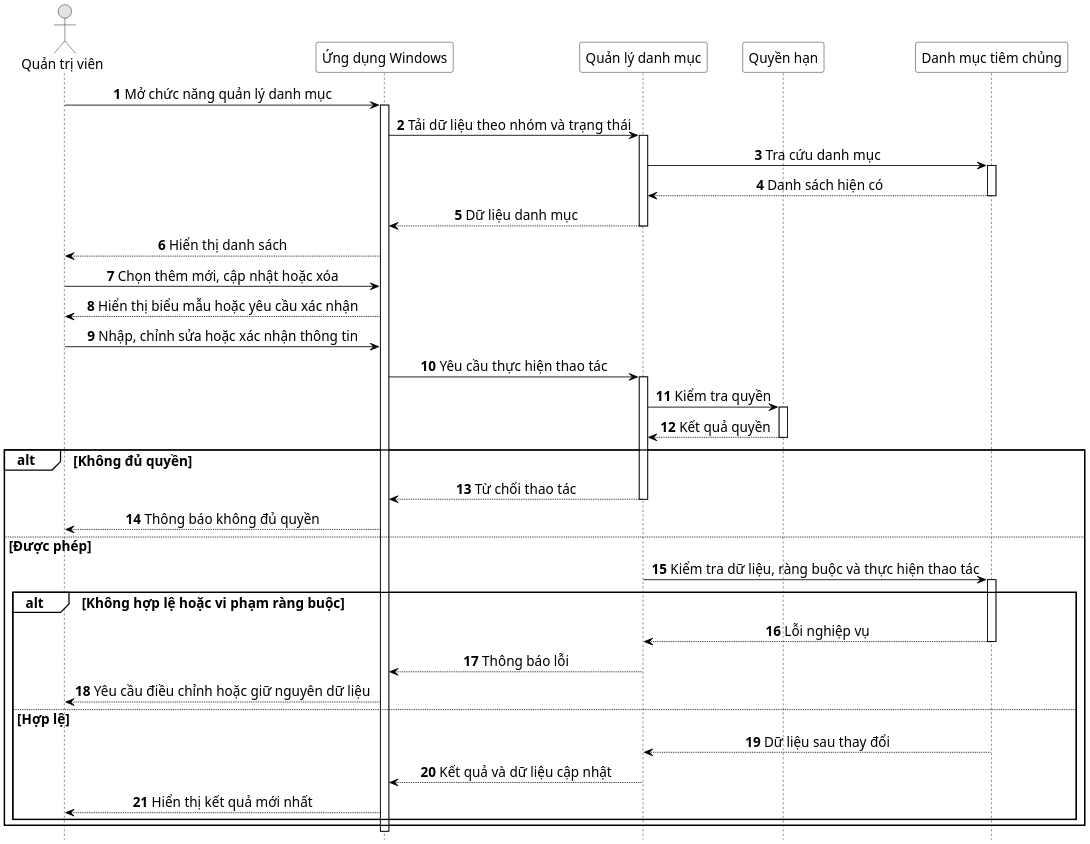
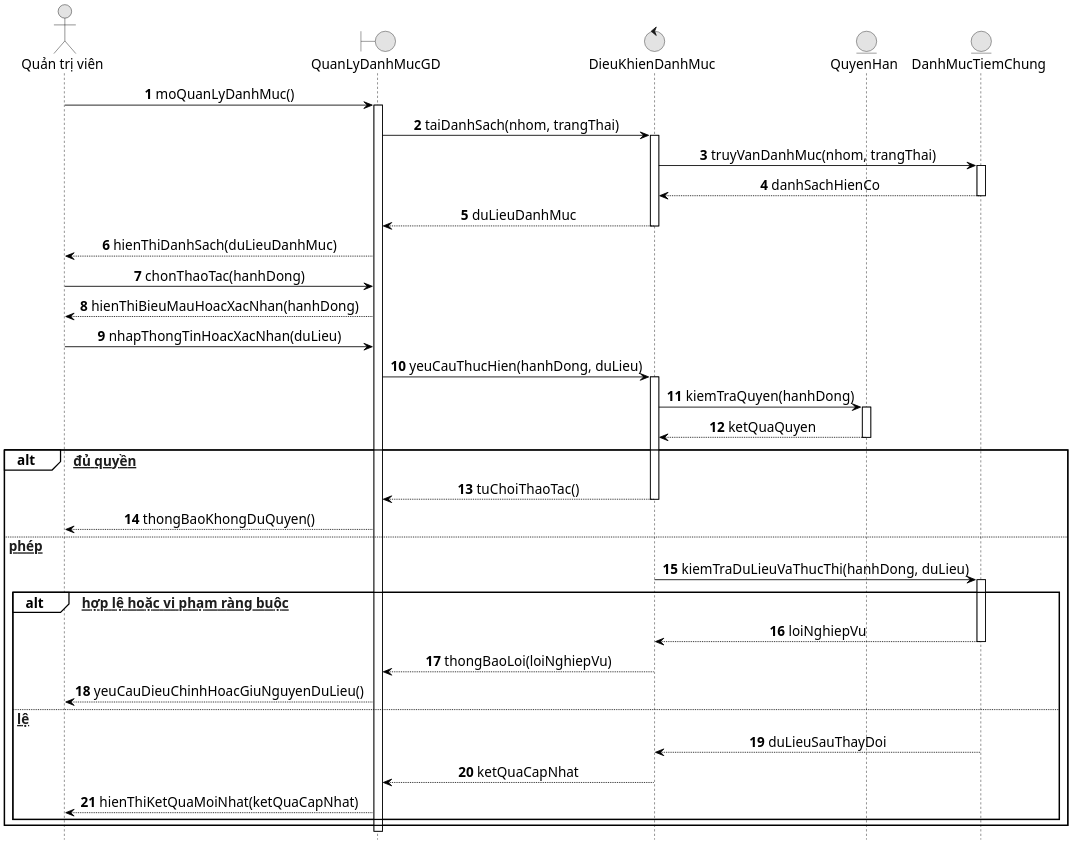
Before and after one commit to datngo1203/KLCN-QuanLyTiemChung: the diagram in docs/thesis/uml/Hinh_2_10_Sequence_Quan_Ly_Danh_Muc_Tiem_Chung.puml, drawn with PlantUML.

Commit message:
docs: redraw UC1 sequence with HUIT stereotypes

```diff
--- a/docs/thesis/uml/Hinh_2_10_Sequence_Quan_Ly_Danh_Muc_Tiem_Chung.puml
+++ b/docs/thesis/uml/Hinh_2_10_Sequence_Quan_Ly_Danh_Muc_Tiem_Chung.puml
@@ -1,77 +1,80 @@
 @startuml
-' THESIS-R1 - HUIT Sequence Diagram profile
+' THESIS-R1 - HUIT/Rational Rose Sequence Diagram profile
 skinparam monochrome true
 skinparam shadowing false
 skinparam backgroundColor white
 skinparam defaultFontName "Times New Roman"
 skinparam defaultFontSize 16
 skinparam dpi 180
 skinparam sequence {
   ArrowColor black
   LifeLineBorderColor black
   LifeLineBackgroundColor white
   ParticipantBorderColor black
   ParticipantBackgroundColor white
   ActorBorderColor black
   ActorFontColor black
   ParticipantFontColor black
   GroupBorderColor black
   GroupBackgroundColor white
   GroupFontColor black
   MessageAlign center
 }
 hide footbox
 autonumber
 
 actor "Quản trị viên" as Admin
-participant "Ứng dụng Windows" as UI
-participant "Quản lý danh mục" as CatalogLogic
-participant "Quyền hạn" as Permission
-participant "Danh mục tiêm chủng" as CatalogData
+boundary "QuanLyDanhMucGD" as UI
+control "DieuKhienDanhMuc" as CatalogControl
+entity "QuyenHan" as Permission
+entity "DanhMucTiemChung" as Catalog
 
-Admin -> UI : Mở chức năng quản lý danh mục
+Admin -> UI : moQuanLyDanhMuc()
 activate UI
-UI -> CatalogLogic : Tải dữ liệu theo nhóm và trạng thái
-activate CatalogLogic
-CatalogLogic -> CatalogData : Tra cứu danh mục
-activate CatalogData
-CatalogData --> CatalogLogic : Danh sách hiện có
-deactivate CatalogData
-CatalogLogic --> UI : Dữ liệu danh mục
-deactivate CatalogLogic
-UI --> Admin : Hiển thị danh sách
 
-Admin -> UI : Chọn thêm mới, cập nhật hoặc xóa
-UI --> Admin : Hiển thị biểu mẫu hoặc yêu cầu xác nhận
-Admin -> UI : Nhập, chỉnh sửa hoặc xác nhận thông tin
-UI -> CatalogLogic : Yêu cầu thực hiện thao tác
-activate CatalogLogic
-CatalogLogic -> Permission : Kiểm tra quyền
+UI -> CatalogControl : taiDanhSach(nhom, trangThai)
+activate CatalogControl
+CatalogControl -> Catalog : truyVanDanhMuc(nhom, trangThai)
+activate Catalog
+Catalog --> CatalogControl : danhSachHienCo
+deactivate Catalog
+CatalogControl --> UI : duLieuDanhMuc
+deactivate CatalogControl
+UI --> Admin : hienThiDanhSach(duLieuDanhMuc)
+
+Admin -> UI : chonThaoTac(hanhDong)
+UI --> Admin : hienThiBieuMauHoacXacNhan(hanhDong)
+Admin -> UI : nhapThongTinHoacXacNhan(duLieu)
+
+UI -> CatalogControl : yeuCauThucHien(hanhDong, duLieu)
+activate CatalogControl
+CatalogControl -> Permission : kiemTraQuyen(hanhDong)
 activate Permission
-Permission --> CatalogLogic : Kết quả quyền
+Permission --> CatalogControl : ketQuaQuyen
 deactivate Permission
 
-alt Không đủ quyền
-  CatalogLogic --> UI : Từ chối thao tác
-  deactivate CatalogLogic
-  UI --> Admin : Thông báo không đủ quyền
-else Được phép
-  CatalogLogic -> CatalogData : Kiểm tra dữ liệu, ràng buộc và thực hiện thao tác
-  activate CatalogData
-  alt Không hợp lệ hoặc vi phạm ràng buộc
-    CatalogData --> CatalogLogic : Lỗi nghiệp vụ
-    deactivate CatalogData
-    CatalogLogic --> UI : Thông báo lỗi
-    deactivate CatalogLogic
-    UI --> Admin : Yêu cầu điều chỉnh hoặc giữ nguyên dữ liệu
-  else Hợp lệ
-    CatalogData --> CatalogLogic : Dữ liệu sau thay đổi
-    deactivate CatalogData
-    CatalogLogic --> UI : Kết quả và dữ liệu cập nhật
-    deactivate CatalogLogic
-    UI --> Admin : Hiển thị kết quả mới nhất
+alt [Không đủ quyền]
+  CatalogControl --> UI : tuChoiThaoTac()
+  deactivate CatalogControl
+  UI --> Admin : thongBaoKhongDuQuyen()
+else [Được phép]
+  CatalogControl -> Catalog : kiemTraDuLieuVaThucThi(hanhDong, duLieu)
+  activate Catalog
+
+  alt [Không hợp lệ hoặc vi phạm ràng buộc]
+    Catalog --> CatalogControl : loiNghiepVu
+    deactivate Catalog
+    CatalogControl --> UI : thongBaoLoi(loiNghiepVu)
+    deactivate CatalogControl
+    UI --> Admin : yeuCauDieuChinhHoacGiuNguyenDuLieu()
+  else [Hợp lệ]
+    Catalog --> CatalogControl : duLieuSauThayDoi
+    deactivate Catalog
+    CatalogControl --> UI : ketQuaCapNhat
+    deactivate CatalogControl
+    UI --> Admin : hienThiKetQuaMoiNhat(ketQuaCapNhat)
   end
 end
 
 deactivate UI
 @enduml
```
